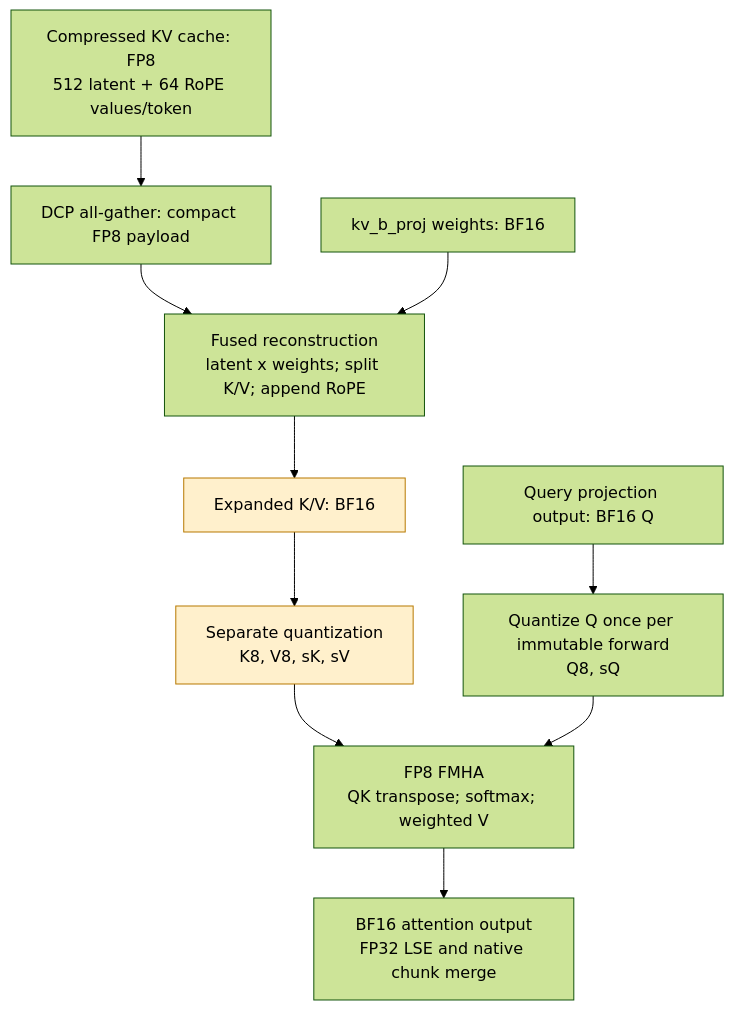
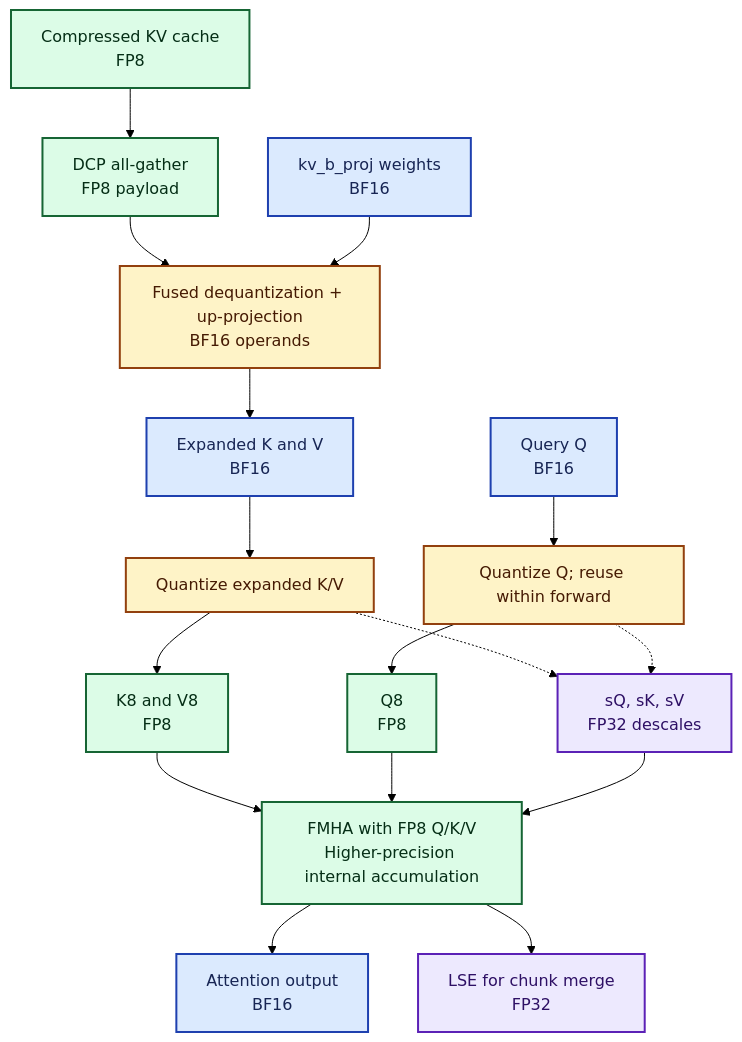
Before and after one commit to ajith-sirra-amd/InferenceMAX_Rocm_Team: the diagram in docs/kimi/fp8-fmha-dataflow.md, drawn with Mermaid (forest theme). The commit also changed other lines of this file and 1 other file, not shown here.

Commit message:
docs(kimi): color FP8 and BF16 dataflow and use supported math

````diff
--- a/docs/kimi/fp8-fmha-dataflow.md
+++ b/docs/kimi/fp8-fmha-dataflow.md
@@ -21,20 +23,34 @@
 ```mermaid
 flowchart TD
-    C["Compressed KV cache: FP8<br/>512 latent + 64 RoPE values/token"]
-    G["DCP all-gather: compact FP8 payload"]
-    W["kv_b_proj weights: BF16"]
-    R["Fused reconstruction<br/>latent x weights; split K/V; append RoPE"]
-    B["Expanded K/V: BF16"]
-    Q["Query projection output: BF16 Q"]
-    K8["Separate quantization<br/>K8, V8, sK, sV"]
-    Q8["Quantize Q once per immutable forward<br/>Q8, sQ"]
-    F["FP8 FMHA<br/>QK transpose; softmax; weighted V"]
-    O["BF16 attention output<br/>FP32 LSE and native chunk merge"]
+    C["Compressed KV cache<br/>FP8"]
+    G["DCP all-gather<br/>FP8 payload"]
+    W["kv_b_proj weights<br/>BF16"]
+    R["Fused dequantization + up-projection<br/>BF16 operands"]
+    B["Expanded K and V<br/>BF16"]
+    Q["Query Q<br/>BF16"]
+    KQ["Quantize expanded K/V"]
+    QQ["Quantize Q; reuse within forward"]
+    K8["K8 and V8<br/>FP8"]
+    Q8["Q8<br/>FP8"]
+    S["sQ, sK, sV<br/>FP32 descales"]
+    F["FMHA with FP8 Q/K/V<br/>Higher-precision internal accumulation"]
+    O["Attention output<br/>BF16"]
+    L["LSE for chunk merge<br/>FP32"]
     C --> G --> R
     W --> R
-    R --> B --> K8 --> F
-    Q --> Q8 --> F
+    R --> B --> KQ --> K8 --> F
+    Q --> QQ --> Q8 --> F
+    KQ -.-> S
+    QQ -.-> S
+    S --> F
     F --> O
-    style B fill:#fff0cc,stroke:#b77900
-    style K8 fill:#fff0cc,stroke:#b77900
+    F --> L
+    classDef fp8 fill:#DCFCE7,stroke:#166534,color:#052E16,stroke-width:2px
+    classDef bf16 fill:#DBEAFE,stroke:#1E40AF,color:#172554,stroke-width:2px
+    classDef conversion fill:#FEF3C7,stroke:#92400E,color:#451A03,stroke-width:2px
+    classDef fp32 fill:#EDE9FE,stroke:#5B21B6,color:#2E1065,stroke-width:2px
+    class C,G,K8,Q8,F fp8
+    class W,B,Q,O bf16
+    class R,KQ,QQ conversion
+    class S,L fp32
 ```
````
